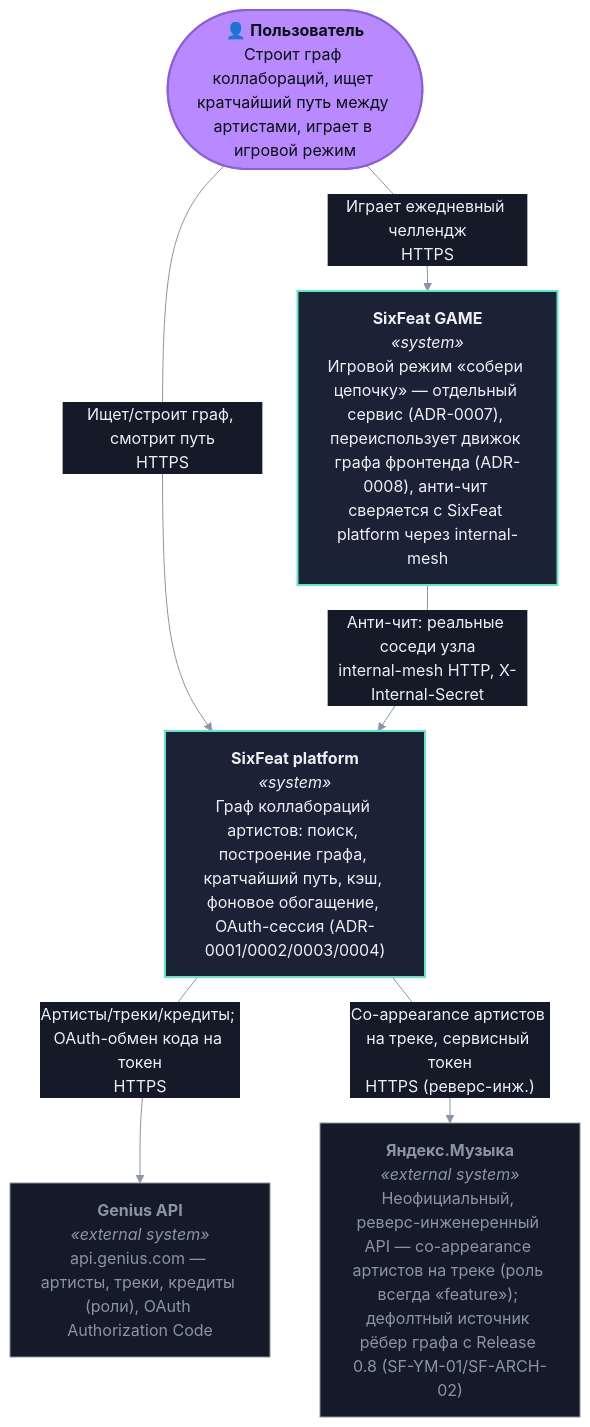
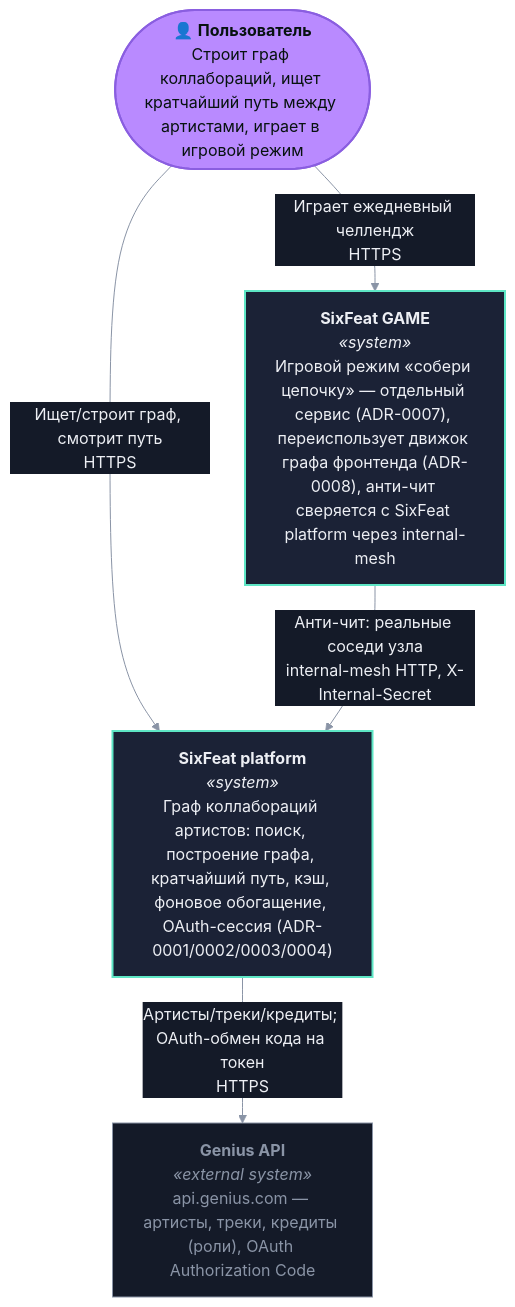
One commit to don-qu1xote/six-feat changed the diagram in docs/architecture/c4-context.md. Above: the diagram before and after it, drawn with Mermaid. The commit also changed other lines of this file and 114 other files, not shown here.

````diff
--- a/docs/architecture/c4-context.md
+++ b/docs/architecture/c4-context.md
@@ -16,49 +16,44 @@
 ```mermaid
 %%{init: {
   "theme": "base",
   "themeVariables": {
     "background": "#0B0E14",
     "primaryColor": "#1B2236",
     "primaryTextColor": "#EDEFF4",
     "primaryBorderColor": "#283044",
     "lineColor": "#8A94A6",
     "secondaryColor": "#1B2236",
     "tertiaryColor": "#141A28",
     "edgeLabelBackground": "#141A28",
     "fontFamily": "Inter, system-ui, sans-serif"
   }
 }}%%
 flowchart TB
     user(["`👤 **Пользователь**
 Строит граф коллабораций, ищет кратчайший путь между артистами, играет в игровой режим`"])
 
     sixfeat["`**SixFeat platform**
 *«system»*
 Граф коллабораций артистов: поиск, построение графа, кратчайший путь, кэш, фоновое обогащение, OAuth-сессия (ADR-0001/0002/0003/0004)`"]
 
     game["`**SixFeat GAME**
 *«system»*
 Игровой режим «собери цепочку» — отдельный сервис (ADR-0007), переиспользует движок графа фронтенда (ADR-0008), анти-чит сверяется с SixFeat platform через internal-mesh`"]
 
     genius["`**Genius API**
 *«external system»*
 api.genius.com — артисты, треки, кредиты (роли), OAuth Authorization Code`"]
 
-    yandex["`**Яндекс.Музыка**
-*«external system»*
-Неофициальный, реверс-инженеренный API — co-appearance артистов на треке (роль всегда «feature»); дефолтный источник рёбер графа с Release 0.8 (SF-YM-01/SF-ARCH-02)`"]
-
     user -->|"Ищет/строит граф, смотрит путь<br/>HTTPS"| sixfeat
     user -->|"Играет ежедневный челлендж<br/>HTTPS"| game
     game -->|"Анти-чит: реальные соседи узла<br/>internal-mesh HTTP, X-Internal-Secret"| sixfeat
     sixfeat -->|"Артисты/треки/кредиты; OAuth-обмен кода на токен<br/>HTTPS"| genius
-    sixfeat -->|"Co-appearance артистов на треке, сервисный токен<br/>HTTPS (реверс-инж.)"| yandex
 
     classDef person fill:#B98AFF,stroke:#8a5ee0,color:#07120F,stroke-width:2px
     classDef system fill:#1B2236,stroke:#5EE6C5,color:#EDEFF4,stroke-width:2px
     classDef ext fill:#141A28,stroke:#8A94A6,color:#8A94A6,stroke-width:1px
 
     class user person
     class sixfeat,game system
-    class genius,yandex ext
+    class genius ext
 ```
````
